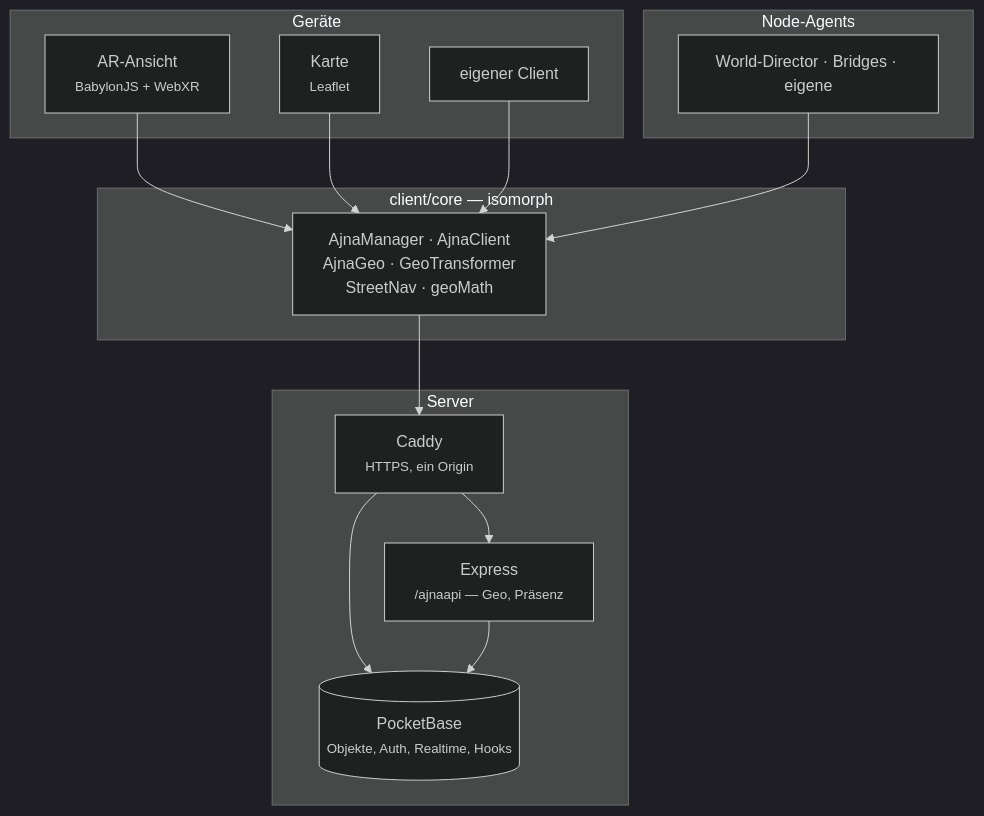
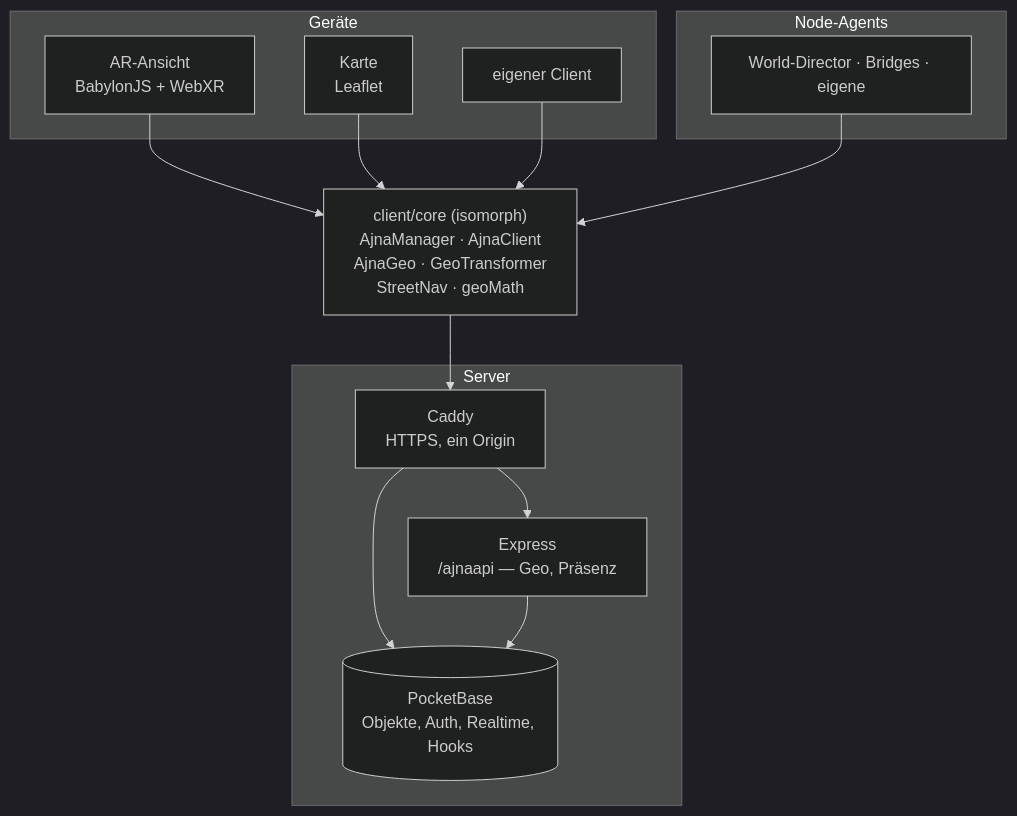
The first of 4 diagrams in wiki/Architektur.md (blckwngd/Ajna), drawn with Mermaid (dark theme) before and after one commit. The commit also changed other lines of this file and 11 other files, not shown here.

````diff
--- a/wiki/Architektur.md
+++ b/wiki/Architektur.md
@@ -7,28 +11,26 @@
 ```mermaid
 flowchart TB
   subgraph Geräte
-    AR["AR-Ansicht<br/><small>BabylonJS + WebXR</small>"]
-    MAP["Karte<br/><small>Leaflet</small>"]
+    AR["AR-Ansicht<br/>BabylonJS + WebXR"]
+    MAP["Karte<br/>Leaflet"]
     EIG["eigener Client"]
   end
-  subgraph Bibliothek["client/core — isomorph"]
-    LIB["AjnaManager · AjnaClient<br/>AjnaGeo · GeoTransformer<br/>StreetNav · geoMath"]
-  end
+  LIB["client/core (isomorph)<br/>AjnaManager · AjnaClient<br/>AjnaGeo · GeoTransformer<br/>StreetNav · geoMath"]
   subgraph Server
-    CADDY["Caddy<br/><small>HTTPS, ein Origin</small>"]
-    PB[("PocketBase<br/><small>Objekte, Auth, Realtime, Hooks</small>")]
-    EX["Express<br/><small>/ajnaapi — Geo, Präsenz</small>"]
+    CADDY["Caddy<br/>HTTPS, ein Origin"]
+    PB[("PocketBase<br/>Objekte, Auth, Realtime, Hooks")]
+    EX["Express<br/>/ajnaapi — Geo, Präsenz"]
   end
   subgraph Agents["Node-Agents"]
     AG["World-Director · Bridges · eigene"]
   end
 
   AR --> LIB
   MAP --> LIB
   EIG --> LIB
   AG --> LIB
   LIB --> CADDY
   CADDY --> PB
   CADDY --> EX
   EX --> PB
 ```
````
